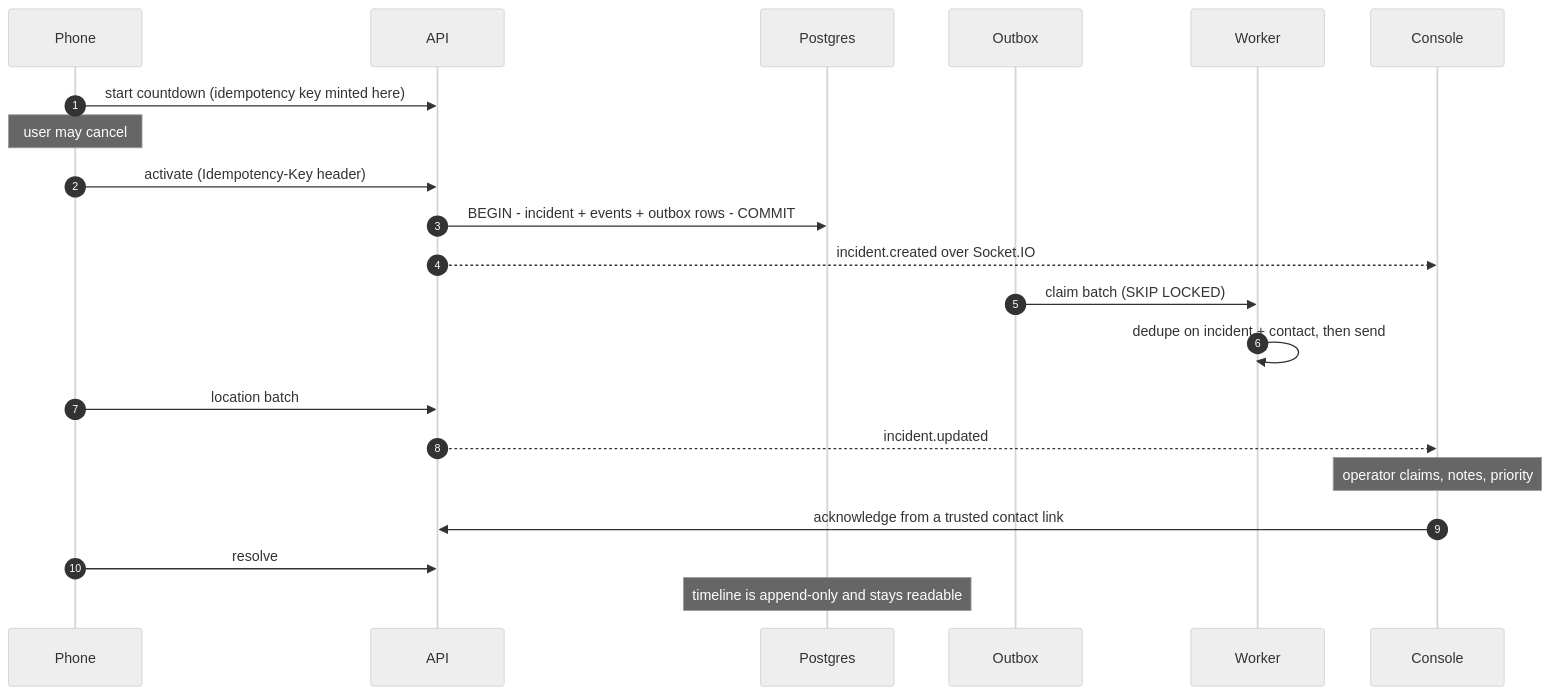
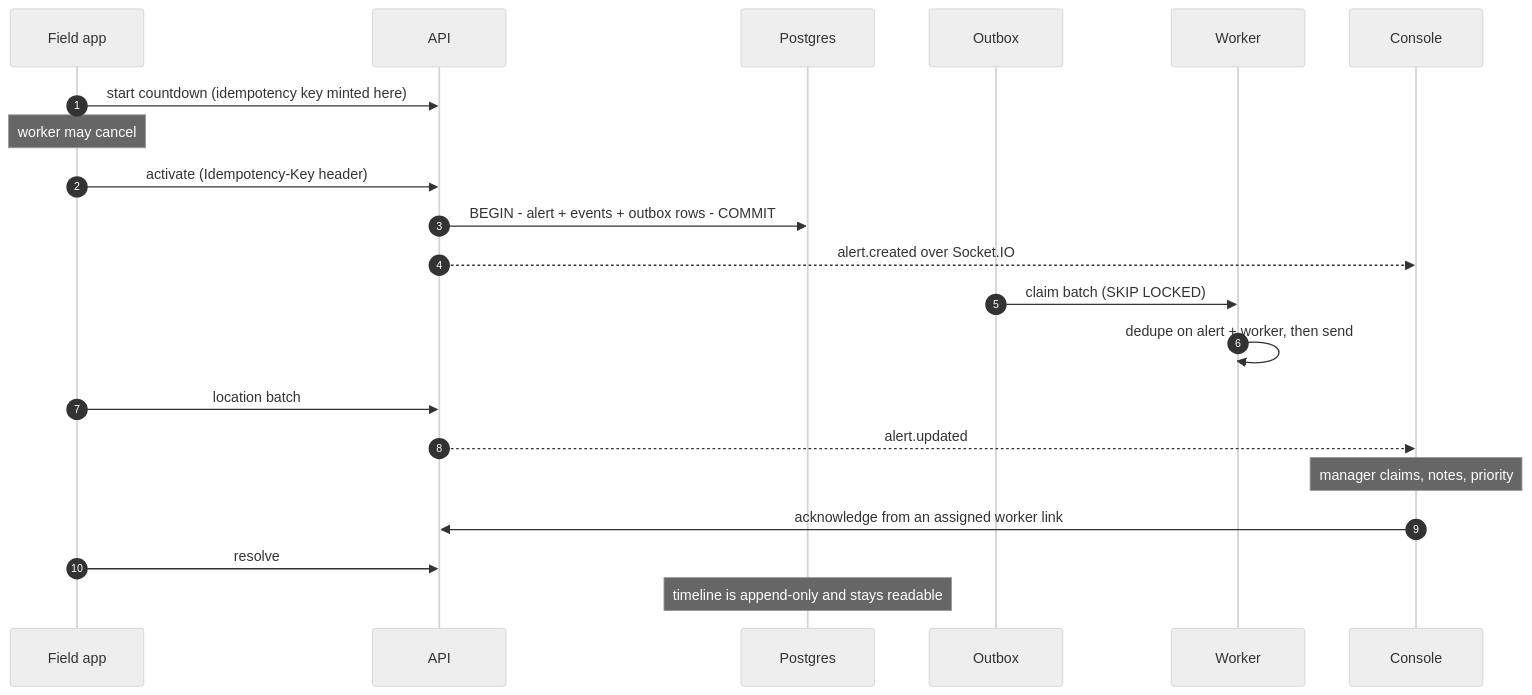
Before and after one commit to Sam12355/agricore-farm-platform: the second of 2 diagrams in README.md, drawn with Mermaid (neutral theme). The commit also changed other lines of this file and 205 other files, not shown here.

````diff
--- a/README.md
+++ b/README.md
@@ -96,24 +107,24 @@
 ```mermaid
 sequenceDiagram
     autonumber
-    participant P as Phone
+    participant P as Field app
     participant A as API
     participant DB as Postgres
     participant O as Outbox
     participant W as Worker
     participant C as Console
 
     P->>A: start countdown (idempotency key minted here)
-    Note over P: user may cancel
+    Note over P: worker may cancel
     P->>A: activate (Idempotency-Key header)
-    A->>DB: BEGIN - incident + events + outbox rows - COMMIT
-    A-->>C: incident.created over Socket.IO
+    A->>DB: BEGIN - alert + events + outbox rows - COMMIT
+    A-->>C: alert.created over Socket.IO
     O->>W: claim batch (SKIP LOCKED)
-    W->>W: dedupe on incident + contact, then send
+    W->>W: dedupe on alert + worker, then send
     P->>A: location batch
-    A-->>C: incident.updated
-    Note over C: operator claims, notes, priority
-    C->>A: acknowledge from a trusted contact link
+    A-->>C: alert.updated
+    Note over C: manager claims, notes, priority
+    C->>A: acknowledge from an assigned worker link
     P->>A: resolve
     Note over DB: timeline is append-only and stays readable
 ```
````
